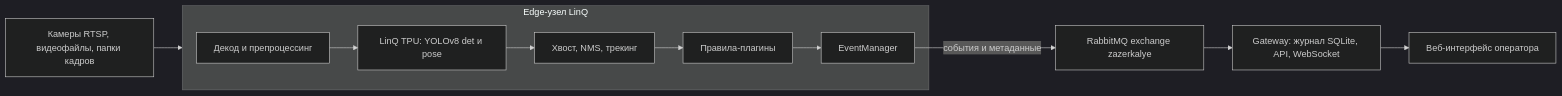
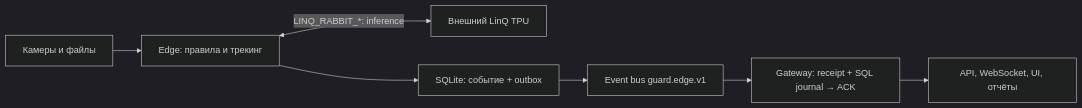
Before and after one commit to timur-nagimov/mospromhack: the diagram in README.md, drawn with Mermaid (dark theme). The commit also changed other lines of this file and 236 other files, not shown here.

````diff
--- a/README.md
+++ b/README.md
@@ -40,10 +44,9 @@
 ```mermaid
 flowchart LR
-    CAM["Камеры RTSP, видеофайлы, папки кадров"] --> EDGE
-    subgraph EDGE["Edge-узел LinQ"]
-        PRE["Декод и препроцессинг"] --> TPU["LinQ TPU: YOLOv8 det и pose"] --> POST["Хвост, NMS, трекинг"] --> RULES["Правила-плагины"] --> EM["EventManager"]
-    end
-    EM -->|события и метаданные| MQ["RabbitMQ exchange zazerkalye"]
-    MQ --> GW["Gateway: журнал SQLite, API, WebSocket"]
-    GW --> UI["Веб-интерфейс оператора"]
+    CAM["Камеры и файлы"] --> EDGE["Edge: правила и трекинг"]
+    EDGE <-->|LINQ_RABBIT_*: inference| TPU["Внешний LinQ TPU"]
+    EDGE --> DB["SQLite: событие + outbox"]
+    DB --> MQ["Event bus guard.edge.v1"]
+    MQ --> GW["Gateway: receipt + SQL journal → ACK"]
+    GW --> UI["API, WebSocket, UI, отчёты"]
 ```
````
